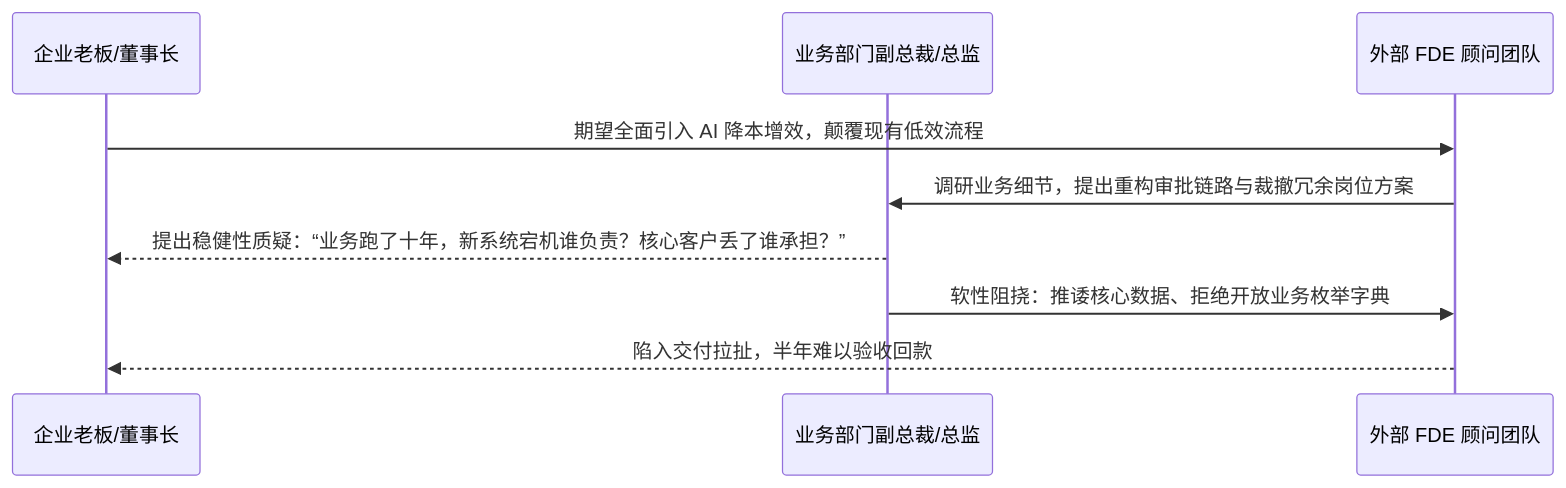
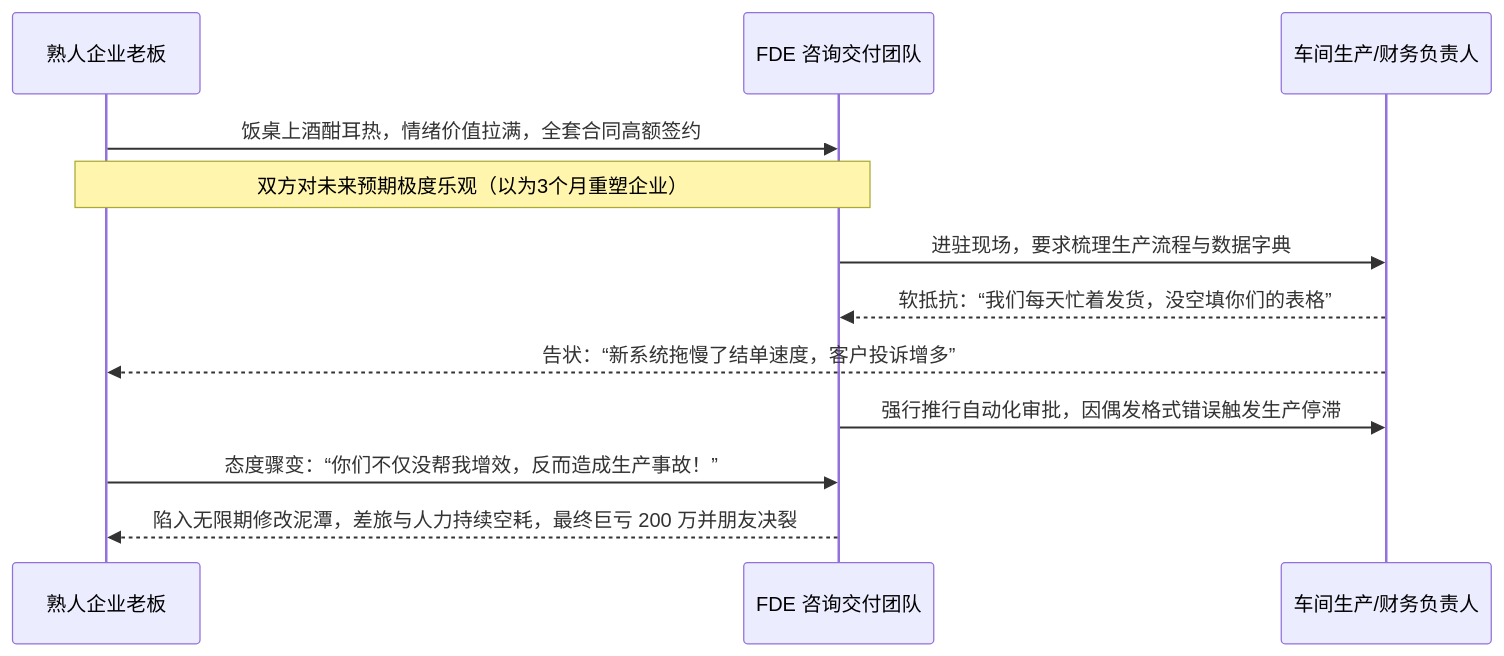
Before and after one commit to dollarser/knowledge: the sixth of 9 diagrams in content/live-20261107-01.md, drawn with Mermaid. The commit also changed other lines of this file and 2 other files, not shown here.

````diff
--- a/content/live-20261107-01.md
+++ b/content/live-20261107-01.md
@@ -76,12 +355,15 @@
 ```mermaid
 sequenceDiagram
-    participant Boss as 企业老板/董事长
-    participant VP as 业务部门副总裁/总监
-    participant FDE as 外部 FDE 顾问团队
+    participant Boss as 熟人企业老板
+    participant FDE as FDE 咨询交付团队
+    participant Staff as 车间生产/财务负责人
 
-    Boss->>FDE: 期望全面引入 AI 降本增效，颠覆现有低效流程
-    FDE->>VP: 调研业务细节，提出重构审批链路与裁撤冗余岗位方案
-    VP-->>Boss: 提出稳健性质疑：“业务跑了十年，新系统宕机谁负责？核心客户丢了谁承担？”
-    VP->>FDE: 软性阻挠：推诿核心数据、拒绝开放业务枚举字典
-    FDE-->>Boss: 陷入交付拉扯，半年难以验收回款
+    Boss->>FDE: 饭桌上酒酣耳热，情绪价值拉满，全套合同高额签约
+    Note over Boss,FDE: 双方对未来预期极度乐观（以为3个月重塑企业）
+    FDE->>Staff: 进驻现场，要求梳理生产流程与数据字典
+    Staff-->>FDE: 软抵抗：“我们每天忙着发货，没空填你们的表格”
+    Staff-->>Boss: 告状：“新系统拖慢了结单速度，客户投诉增多”
+    FDE->>Staff: 强行推行自动化审批，因偶发格式错误触发生产停滞
+    Boss->>FDE: 态度骤变：“你们不仅没帮我增效，反而造成生产事故！”
+    FDE-->>Boss: 陷入无限期修改泥潭，差旅与人力持续空耗，最终巨亏 200 万并朋友决裂
 ```
````
